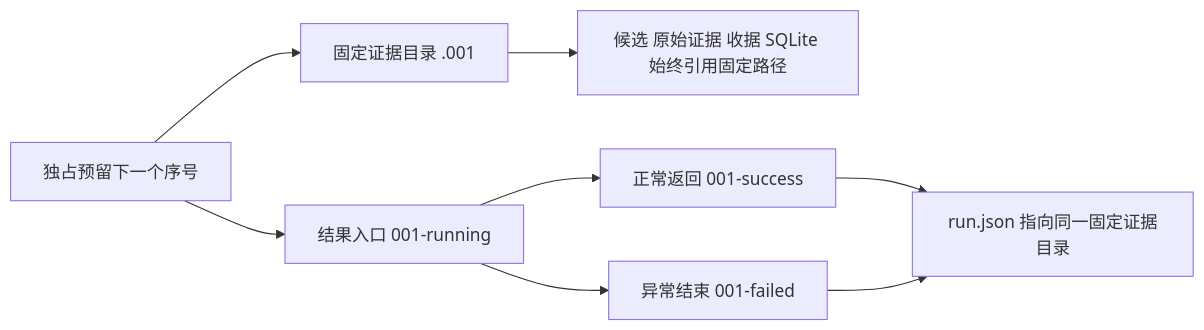
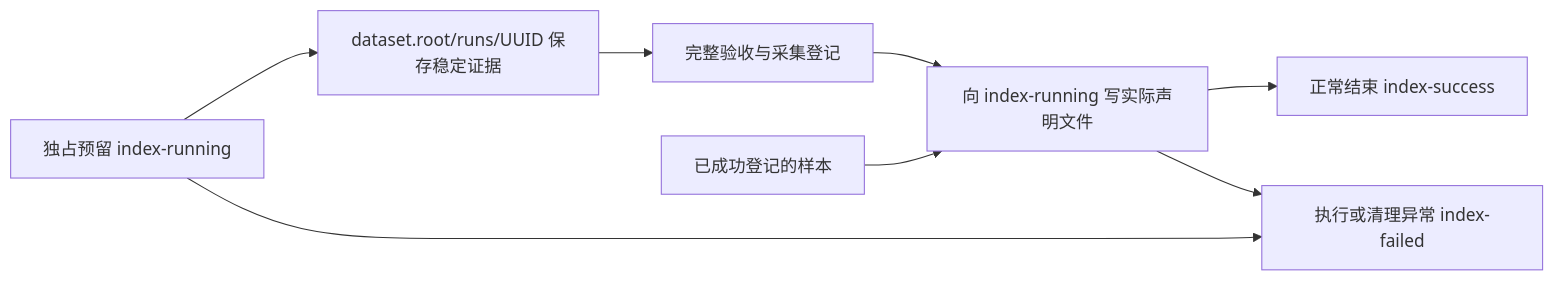
Before and after one commit to HoldThatThgt/Har-GUI: the diagram in docs/run-output.md, drawn with Mermaid. The commit also changed other lines of this file and 54 other files, not shown here.

````diff
--- a/docs/run-output.md
+++ b/docs/run-output.md
@@ -28,10 +38,10 @@
 ```mermaid
 flowchart LR
-    Reserve[独占预留下一个序号] --> Fixed[固定证据目录 .001]
-    Reserve --> Running[结果入口 001-running]
-    Fixed --> References[候选 原始证据 收据 SQLite 始终引用固定路径]
-    Running --> Success[正常返回 001-success]
-    Running --> Failed[异常结束 001-failed]
-    Success --> Index[run.json 指向同一固定证据目录]
-    Failed --> Index
+    Reserve[独占预留 index-running] --> Internal[dataset.root/runs/UUID 保存稳定证据]
+    Internal --> Accepted[完整验收与采集登记]
+    Accepted --> Export[向 index-running 写实际声明文件]
+    Existing[已成功登记的样本] --> Export
+    Export --> Success[正常结束 index-success]
+    Reserve --> Failure[执行或清理异常 index-failed]
+    Export --> Failure
 ```
````
